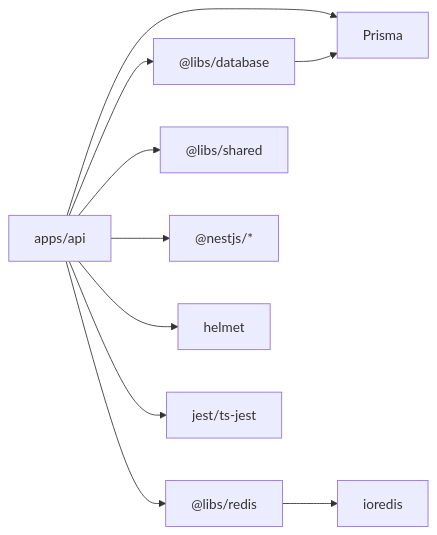
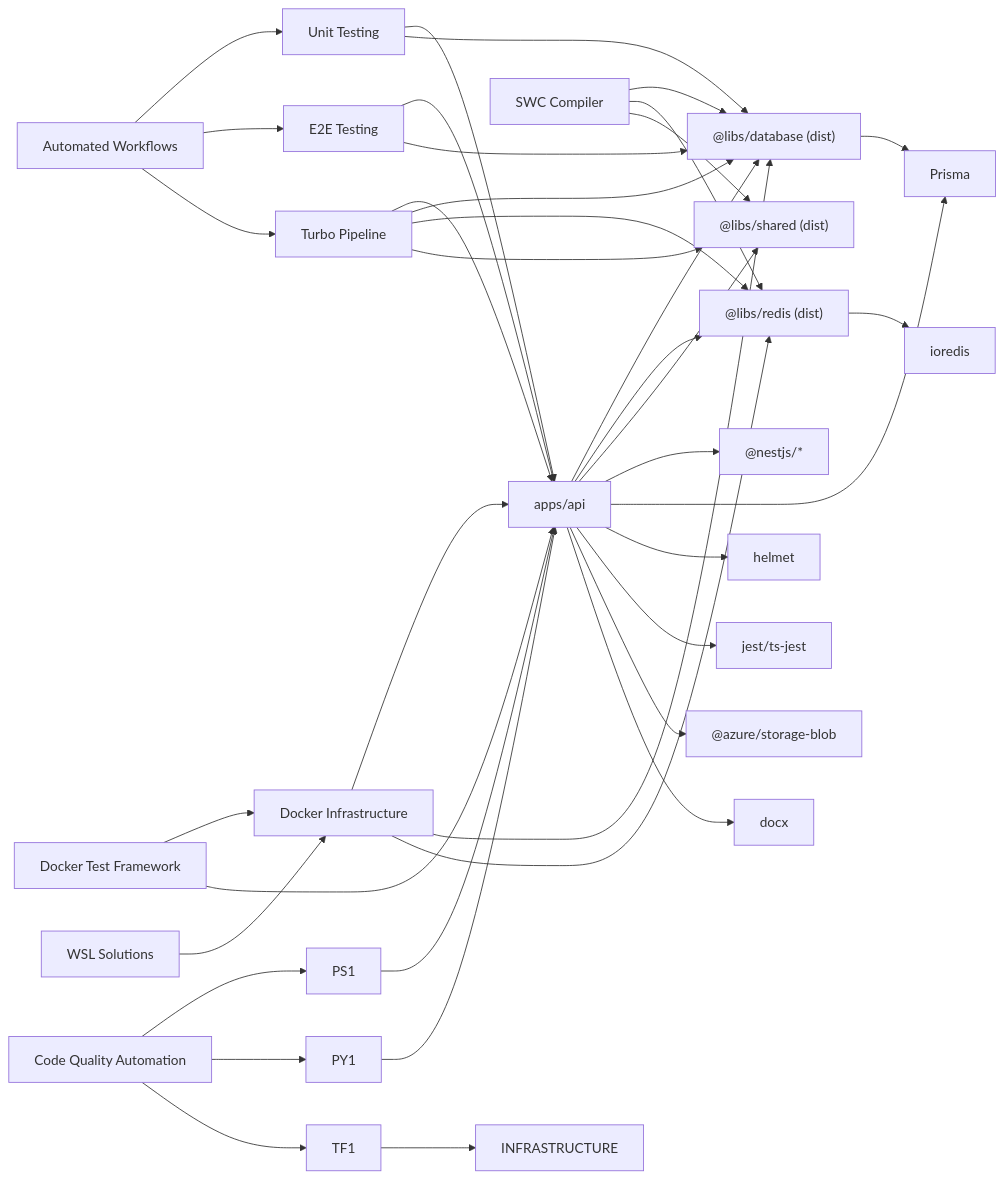
One commit to Avi-Bendetsky/Quiz-to-build changed the third of 3 diagrams in .qoder/repowiki/en/content/Development Guidelines.md. Above: the diagram before and after it, drawn with Mermaid. The commit also changed other lines of this file and 41 other files, not shown here.

````diff
--- a/.qoder/repowiki/en/content/Development Guidelines.md
+++ b/.qoder/repowiki/en/content/Development Guidelines.md
@@ -302,12 +618,40 @@
 ```mermaid
 graph LR
-API["apps/api"] --> DB["@libs/database"]
-API --> RDS["@libs/redis"]
-API --> SHD["@libs/shared"]
+API["apps/api"] --> DB["@libs/database (dist)"]
+API --> RDS["@libs/redis (dist)"]
+API --> SHD["@libs/shared (dist)"]
 API --> NEST["@nestjs/*"]
 API --> PRISMA["Prisma"]
 API --> HELMET["helmet"]
 API --> JEST["jest/ts-jest"]
+API --> AZUREBLOB["@azure/storage-blob"]
+API --> DOCX["docx"]
 DB --> PRISMA
 RDS --> REDIS["ioredis"]
+TURBO["Turbo Pipeline"] --> API
+TURBO --> DB
+TURBO --> RDS
+TURBO --> SHD
+SWC["SWC Compiler"] --> DB
+SWC --> RDS
+SWC --> SHD
+DOCKER["Docker Infrastructure"] --> API
+DOCKER --> DB
+DOCKER --> RDS
+TEST["Docker Test Framework"] --> DOCKER
+TEST --> API
+UNIT["Unit Testing"] --> API
+UNIT --> DB
+E2E["E2E Testing"] --> API
+E2E --> DB
+AUTOMATED["Automated Workflows"] --> UNIT
+AUTOMATED --> E2E
+AUTOMATED --> TURBO
+WSL["WSL Solutions"] --> DOCKER
+CODEQUALITY["Code Quality Automation"] --> PS1
+CODEQUALITY --> PY1
+CODEQUALITY --> TF1
+PS1 --> API
+PY1 --> API
+TF1 --> INFRASTRUCTURE
 ```
````
